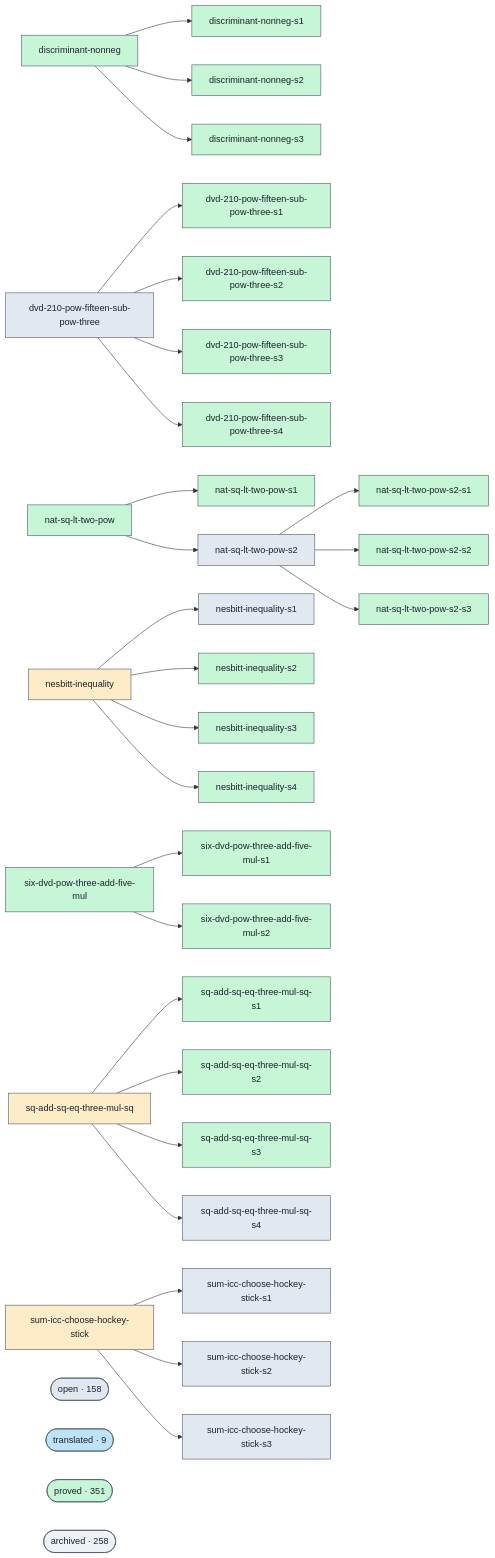
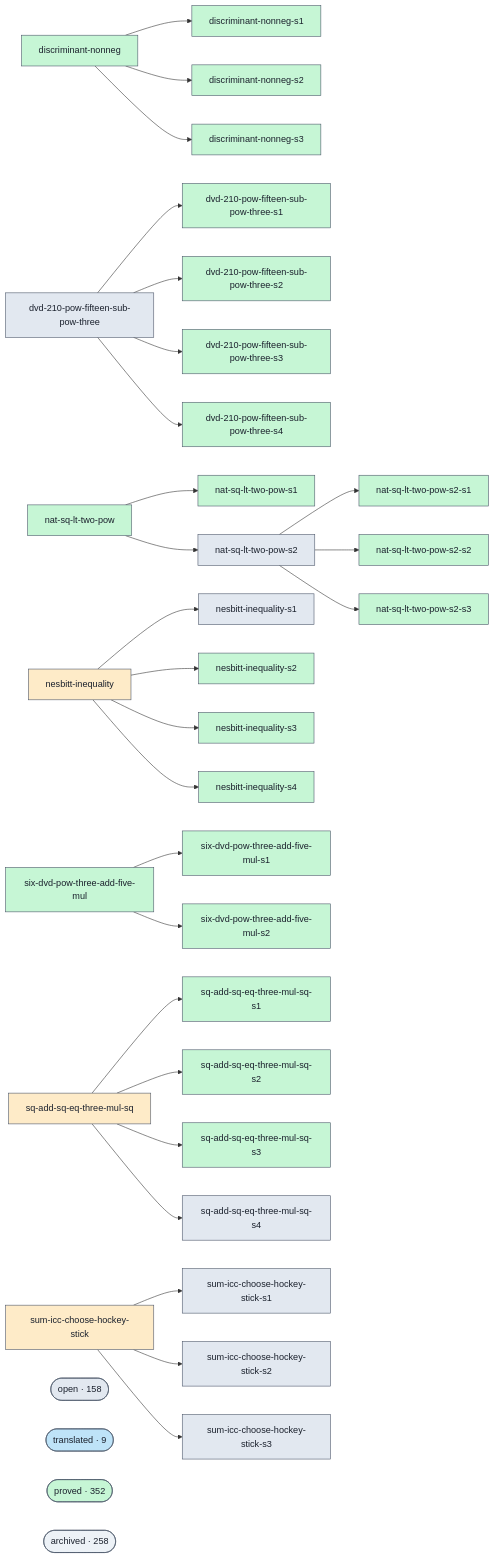
The diagram in docs/proofs-contributors-visualisation.md (ohdearquant/unsorry), drawn with Mermaid before and after one commit. The commit also changed other lines of this file and 2 other files, not shown here.

```diff
--- a/docs/proofs-contributors-visualisation.md
+++ b/docs/proofs-contributors-visualisation.md
@@ -147,7 +147,7 @@
   class cluster_open open;
   cluster_translated(["translated · 9"])
   class cluster_translated translated;
-  cluster_proved(["proved · 351"])
+  cluster_proved(["proved · 352"])
   class cluster_proved proved;
   cluster_archived(["archived · 258"])
   class cluster_archived unknown;
```
